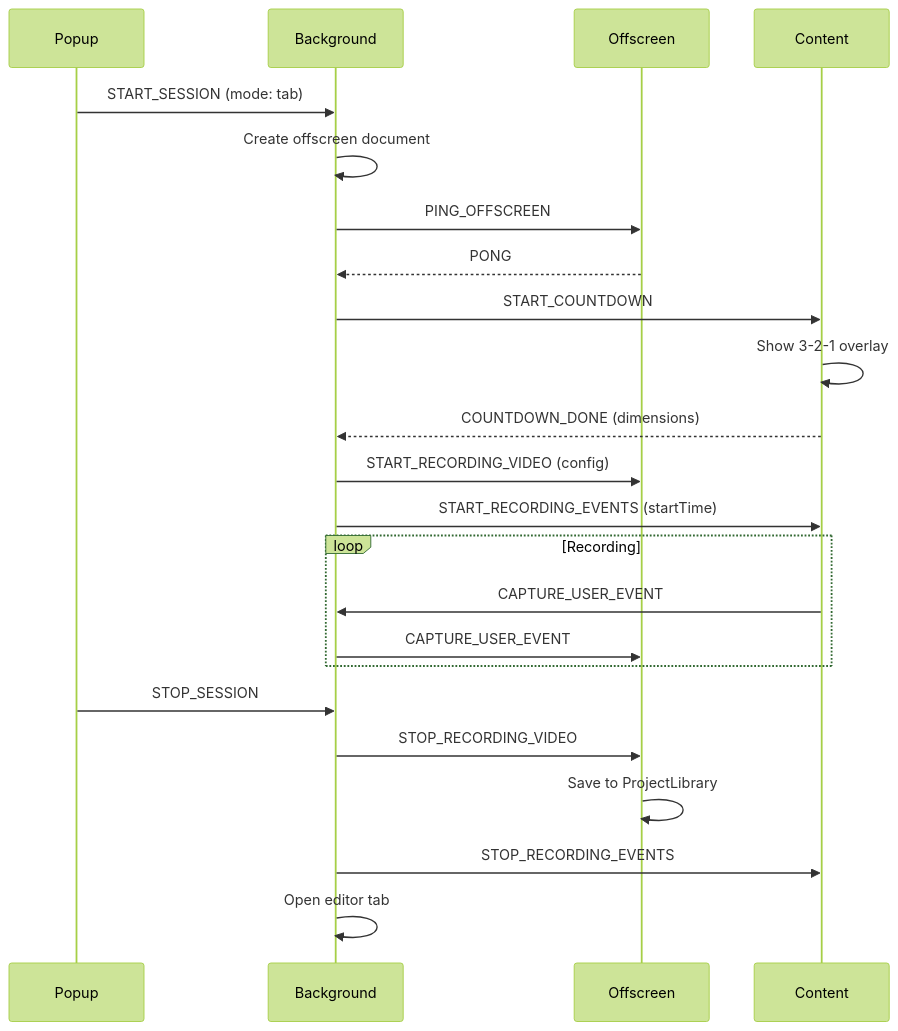
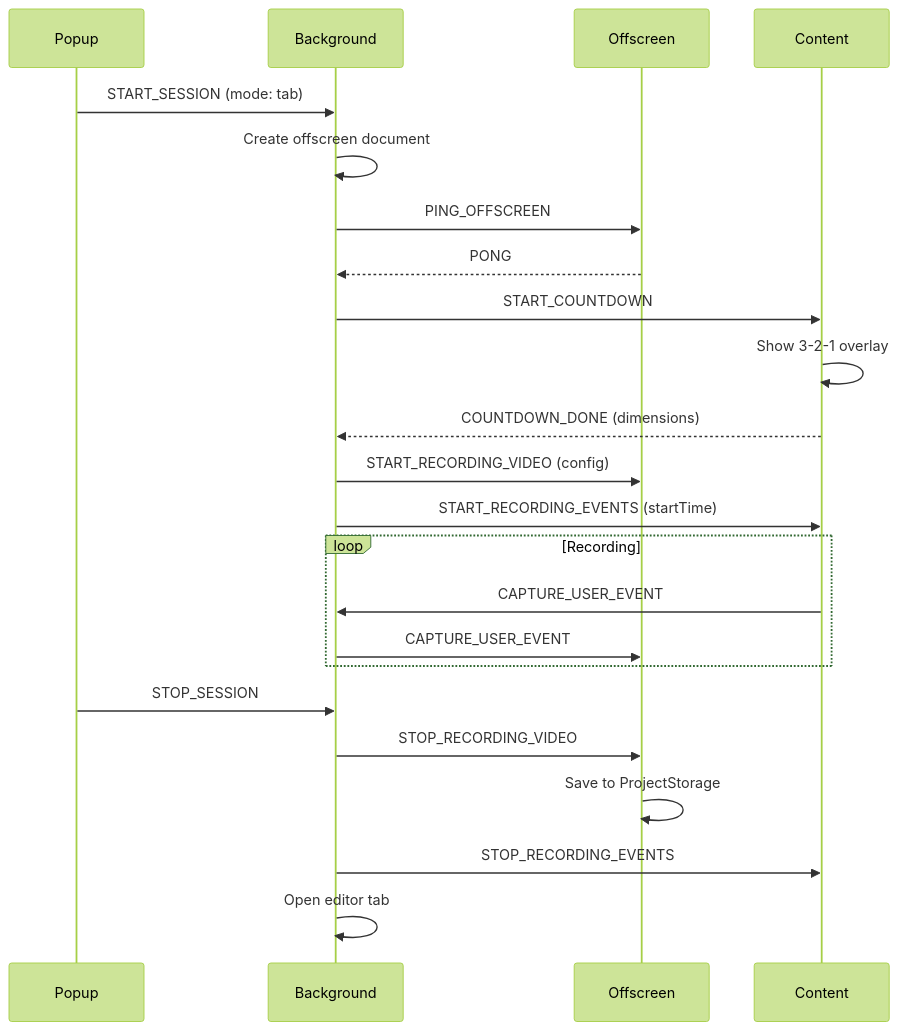
The second of 3 diagrams in src/recording/communication.md (jmikh/recordio), drawn with Mermaid (forest theme) before and after one commit. The commit also changed other lines of this file and 10 other files, not shown here.

````diff
--- a/src/recording/communication.md
+++ b/src/recording/communication.md
@@ -46,28 +46,28 @@
 ```mermaid
 sequenceDiagram
     participant P as Popup
     participant B as Background
     participant O as Offscreen
     participant C as Content
 
     P->>B: START_SESSION (mode: tab)
     B->>B: Create offscreen document
     B->>O: PING_OFFSCREEN
     O-->>B: PONG
     B->>C: START_COUNTDOWN
     C->>C: Show 3-2-1 overlay
     C-->>B: COUNTDOWN_DONE (dimensions)
     B->>O: START_RECORDING_VIDEO (config)
     B->>C: START_RECORDING_EVENTS (startTime)
     
     loop Recording
         C->>B: CAPTURE_USER_EVENT
         B->>O: CAPTURE_USER_EVENT
     end
 
     P->>B: STOP_SESSION
     B->>O: STOP_RECORDING_VIDEO
-    O->>O: Save to ProjectLibrary
+    O->>O: Save to ProjectStorage
     B->>C: STOP_RECORDING_EVENTS
     B->>B: Open editor tab
 ```
````
